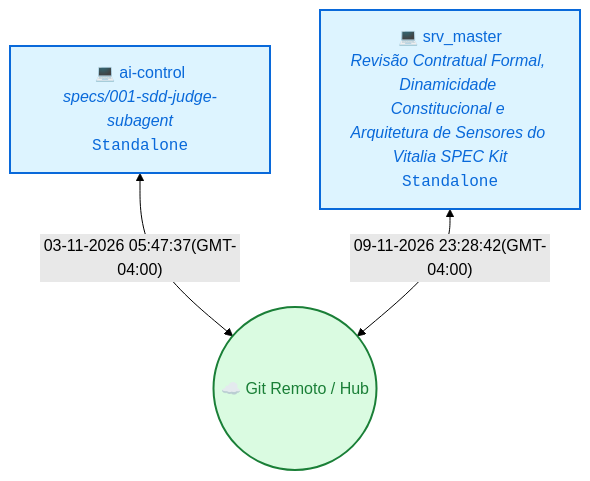
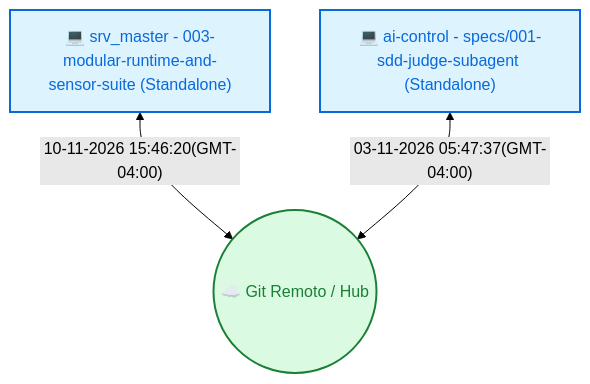
The diagram in README.md (andreticba/vitalia-spec-kit-context), drawn with Mermaid (forest theme) before and after one commit. The commit also changed other lines of this file and 11 other files, not shown here.

Commit message:
chore: session consolidated by srv_master

````diff
--- a/README.md
+++ b/README.md
@@ -20,11 +21,11 @@
 ```mermaid
 flowchart TD
   Cloud(("☁️ Git Remoto / Hub"))
-  M_17a6f667["💻 ai-control<br/><i>specs/001-sdd-judge-subagent</i><br/><code>Standalone</code>"]
+  M_eb10269b["💻 srv_master - 003-modular-runtime-and-sensor-suite (Standalone)"]
+  M_eb10269b <-->|"10-11-2026 15:46:20(GMT-04:00)"| Cloud
+  style M_eb10269b stroke:#0969da,stroke-width:2px,fill:#ddf4ff,color:#0969da
+  M_17a6f667["💻 ai-control - specs/001-sdd-judge-subagent (Standalone)"]
   M_17a6f667 <-->|"03-11-2026 05:47:37(GMT-04:00)"| Cloud
   style M_17a6f667 stroke:#0969da,stroke-width:2px,fill:#ddf4ff,color:#0969da
-  M_eb10269b["💻 srv_master<br/><i>Revisão Contratual Formal, Dinamicidade Constitucional e Arquitetura de Sensores do Vitalia SPEC Kit</i><br/><code>Standalone</code>"]
-  M_eb10269b <-->|"09-11-2026 23:28:42(GMT-04:00)"| Cloud
-  style M_eb10269b stroke:#0969da,stroke-width:2px,fill:#ddf4ff,color:#0969da
   style Cloud stroke:#1a7f37,stroke-width:2px,fill:#dafbe1,color:#1a7f37
 ```
````
